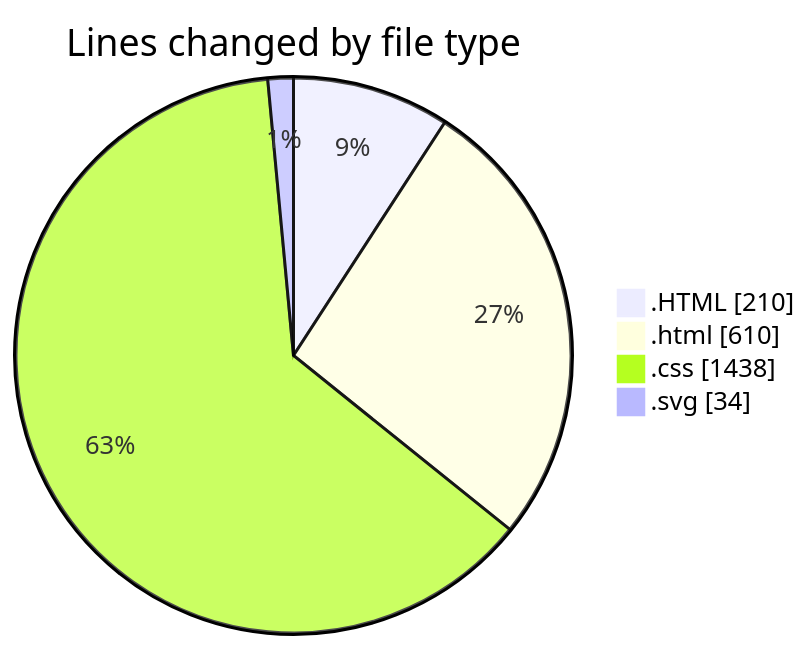
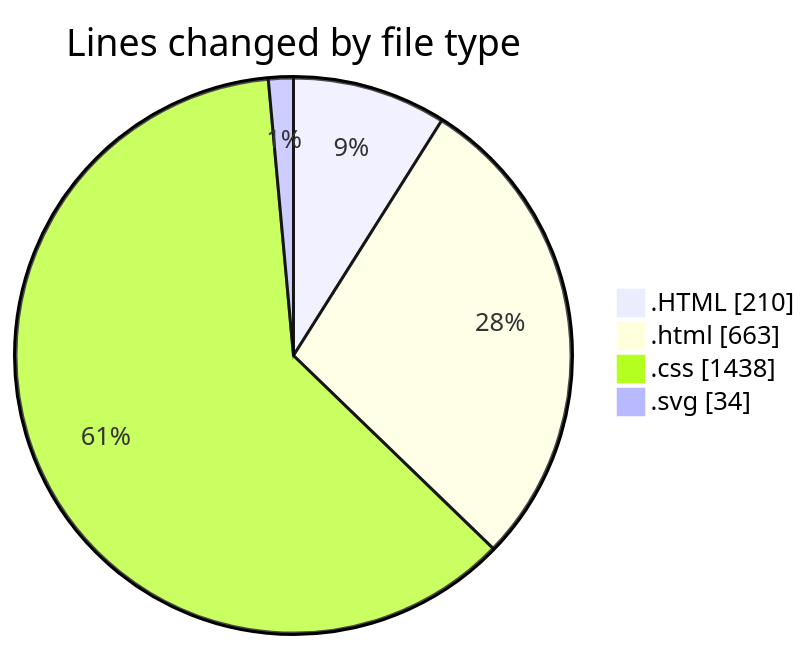
Before and after one commit to Unknowalive/code-tracking: the first of 2 diagrams in 2026-09-03/web_tec_2026/README.md, drawn with Mermaid. The commit also changed other lines of this file and 1 other file, not shown here.

````diff
--- a/2026-09-03/web_tec_2026/README.md
+++ b/2026-09-03/web_tec_2026/README.md
@@ -34,8 +35,8 @@
 ```mermaid
 pie showData
 title Lines changed by file type
 ".HTML" : 210
-".html" : 610
+".html" : 663
 ".css" : 1438
 ".svg" : 34
 ```
````
